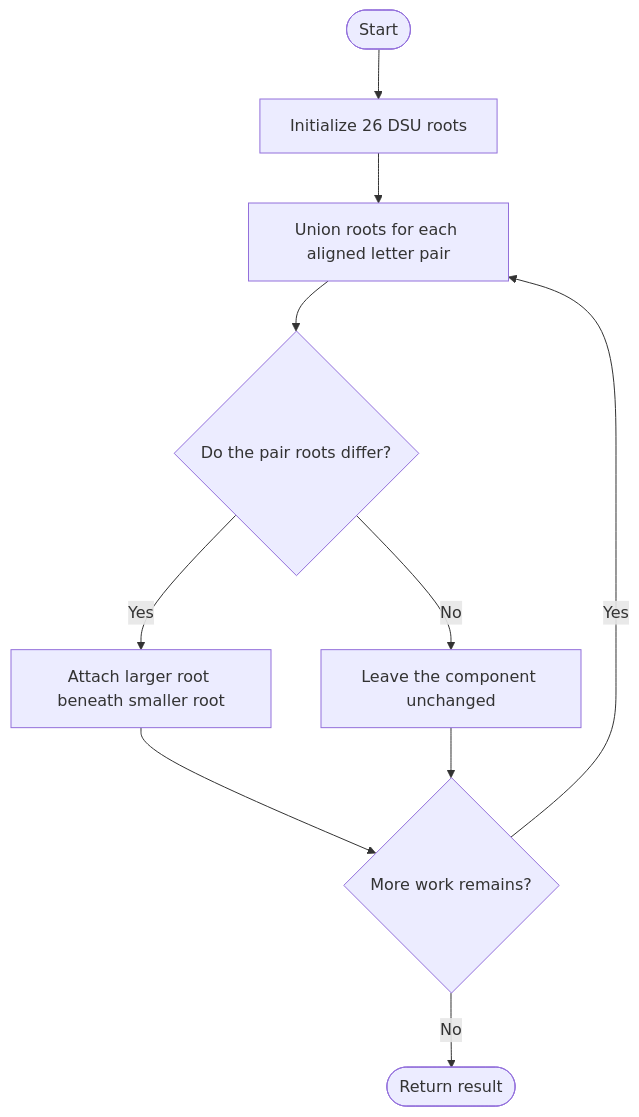
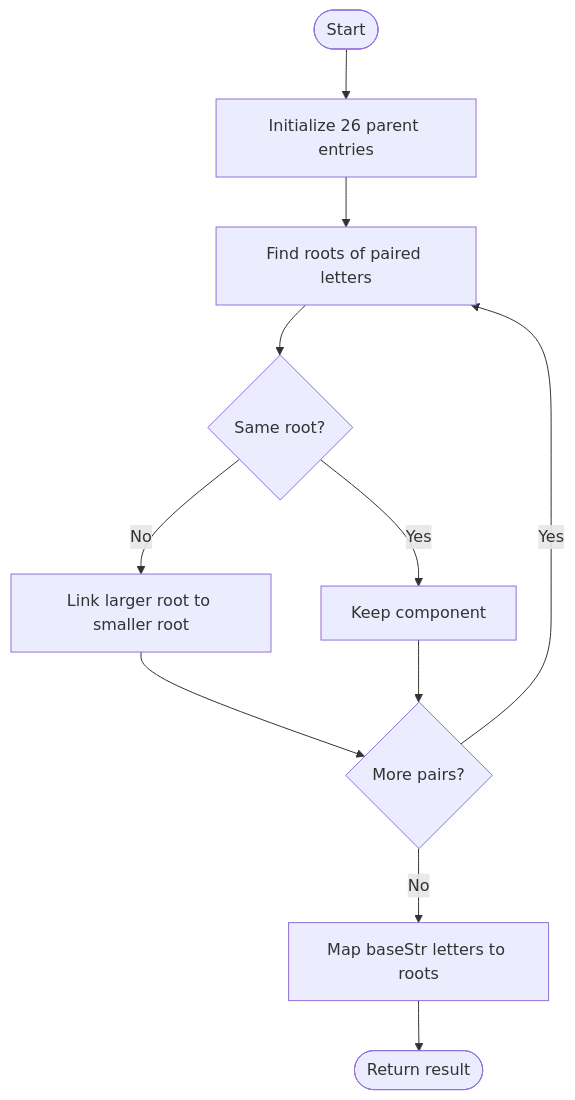
Before and after one commit to SAIDEEPBHANGE/C-CPP-Codes: the diagram in LeetCode/1061/README.md, drawn with Mermaid. The commit also changed other lines of this file and 196 other files, not shown here.

````diff
--- a/LeetCode/1061/README.md
+++ b/LeetCode/1061/README.md
@@ -13,12 +34,13 @@
 ```mermaid
 flowchart TD
- A([Start]) --> B[Initialize 26 DSU roots]
- B --> C[Union roots for each aligned letter pair]
- C --> D{Do the pair roots differ?}
- D -- Yes --> E[Attach larger root beneath smaller root]
- D -- No --> F[Leave the component unchanged]
- E --> G{More work remains?}
+ A([Start]) --> B[Initialize 26 parent entries]
+ B --> C[Find roots of paired letters]
+ C --> D{Same root?}
+ D -- No --> E[Link larger root to smaller root]
+ D -- Yes --> F[Keep component]
+ E --> G{More pairs?}
  F --> G
  G -- Yes --> C
- G -- No --> H([Return result])
+ G -- No --> H[Map baseStr letters to roots]
+ H --> I([Return result])
 ```
````
